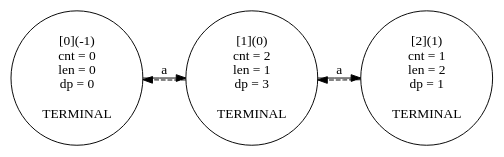
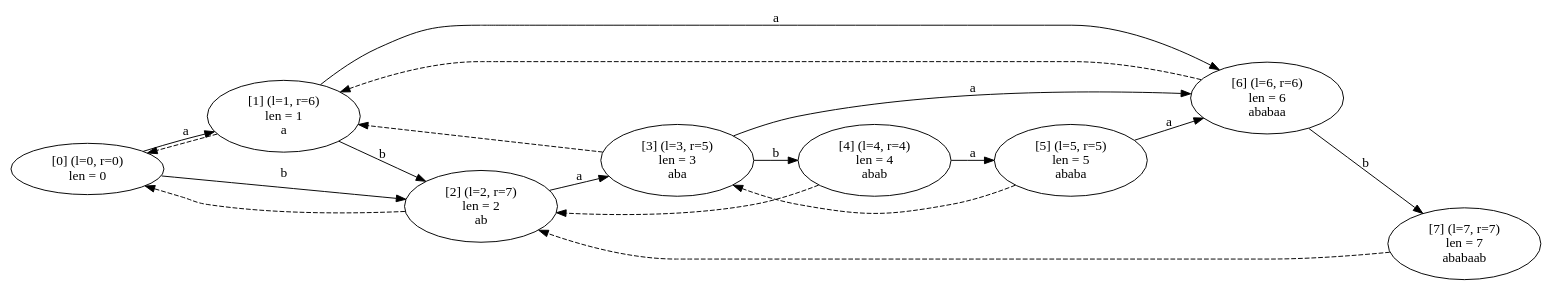
The diagram in sem_3/algorithms/2_contest/graph.gv (Magorx/mipt), drawn with Graphviz before and after one commit. The commit also changed 15 other files, not shown here.

```diff
--- a/sem_3/algorithms/2_contest/graph.gv
+++ b/sem_3/algorithms/2_contest/graph.gv
@@ -1,10 +1,28 @@
 digraph g {
 rankdir="LR";
-struct0x7f4cb6c78010[label="[0](-1)\ncnt = 0\nlen = 0\ndp = 0\n\nTERMINAL"];
-struct0x7f4cb6c78010 -> struct0x7f4cb6c780b8 [label="a"];
-struct0x7f4cb6c780b8[label="[1](0)\ncnt = 2\nlen = 1\ndp = 3\n\nTERMINAL"];
-struct0x7f4cb6c780b8 -> struct0x7f4cb6c78160 [label="a"];
-struct0x7f4cb6c78160[label="[2](1)\ncnt = 1\nlen = 2\ndp = 1\n\nTERMINAL"];
-struct0x7f4cb6c78160 -> struct0x7f4cb6c780b8 [style="dashed"];
-struct0x7f4cb6c780b8 -> struct0x7f4cb6c78010 [style="dashed"];
+struct0x7f0961a65010[label="[0] (l=0, r=0)\nlen = 0\n"];
+struct0x7f0961a65010 -> struct0x7f0961a650e8 [label="a"];
+struct0x7f0961a650e8[label="[1] (l=1, r=6)\nlen = 1\na"];
+struct0x7f0961a650e8 -> struct0x7f0961a65520 [label="a"];
+struct0x7f0961a65520[label="[6] (l=6, r=6)\nlen = 6\nababaa"];
+struct0x7f0961a65520 -> struct0x7f0961a655f8 [label="b"];
+struct0x7f0961a655f8[label="[7] (l=7, r=7)\nlen = 7\nababaab"];
+struct0x7f0961a655f8 -> struct0x7f0961a651c0 [style="dashed"];
+struct0x7f0961a65520 -> struct0x7f0961a650e8 [style="dashed"];
+struct0x7f0961a650e8 -> struct0x7f0961a651c0 [label="b"];
+struct0x7f0961a651c0[label="[2] (l=2, r=7)\nlen = 2\nab"];
+struct0x7f0961a651c0 -> struct0x7f0961a65298 [label="a"];
+struct0x7f0961a65298[label="[3] (l=3, r=5)\nlen = 3\naba"];
+struct0x7f0961a65298 -> struct0x7f0961a65520 [label="a"];
+struct0x7f0961a65298 -> struct0x7f0961a65370 [label="b"];
+struct0x7f0961a65370[label="[4] (l=4, r=4)\nlen = 4\nabab"];
+struct0x7f0961a65370 -> struct0x7f0961a65448 [label="a"];
+struct0x7f0961a65448[label="[5] (l=5, r=5)\nlen = 5\nababa"];
+struct0x7f0961a65448 -> struct0x7f0961a65520 [label="a"];
+struct0x7f0961a65448 -> struct0x7f0961a65298 [style="dashed"];
+struct0x7f0961a65370 -> struct0x7f0961a651c0 [style="dashed"];
+struct0x7f0961a65298 -> struct0x7f0961a650e8 [style="dashed"];
+struct0x7f0961a651c0 -> struct0x7f0961a65010 [style="dashed"];
+struct0x7f0961a650e8 -> struct0x7f0961a65010 [style="dashed"];
+struct0x7f0961a65010 -> struct0x7f0961a651c0 [label="b"];
 }
```
